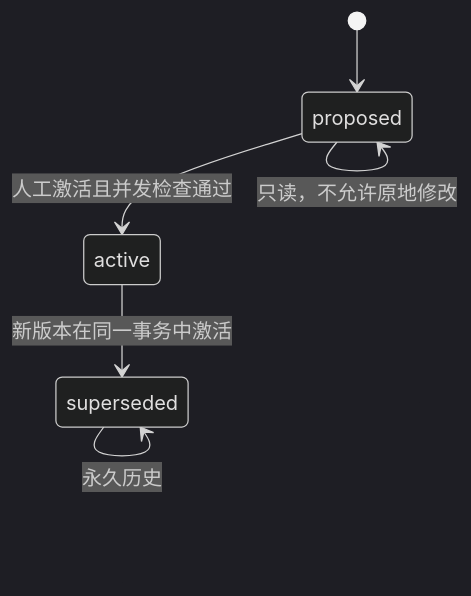
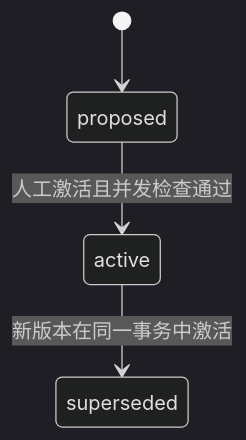
One commit to fighting321321/ai4se-coding-agent-harness changed the fifth of 8 diagrams in SPEC.md. Above: the diagram before and after it, drawn with Mermaid (dark theme). The commit also changed other lines of this file and 3 other files, not shown here.

````diff
--- a/SPEC.md
+++ b/SPEC.md
@@ -909,8 +910,6 @@
 ```mermaid
 stateDiagram-v2
     [*] --> proposed
     proposed --> active: 人工激活且并发检查通过
     active --> superseded: 新版本在同一事务中激活
-    proposed --> proposed: 只读，不允许原地修改
-    superseded --> superseded: 永久历史
 ```
````
